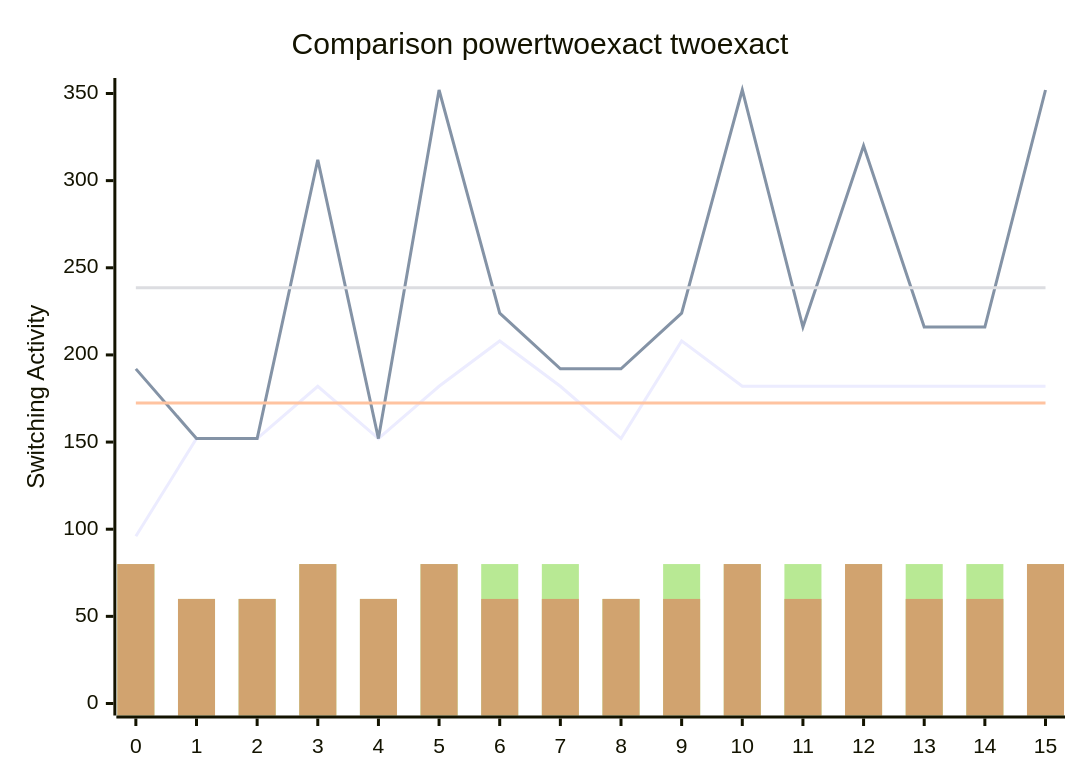
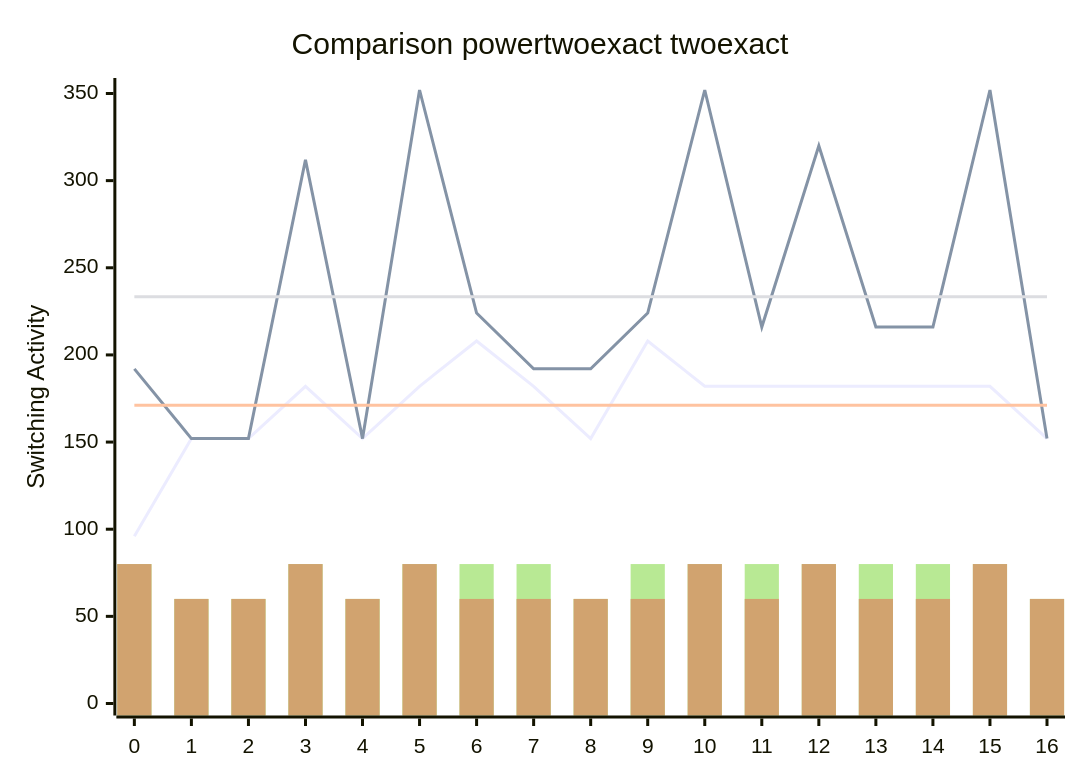
The diagram in benchmark.md (FeldmeierMichael/Exact-Power-Synthesis), drawn with Mermaid before and after one commit. The commit also changed other lines of this file and 2 other files, not shown here.

````diff
--- a/benchmark.md
+++ b/benchmark.md
@@ -33,12 +35,12 @@
 ```mermaid
 xychart-beta
     title "Comparison powertwoexact twoexact"
-    x-axis [0, 1, 2, 3, 4, 5, 6, 7, 8, 9, 10, 11, 12, 13, 14, 15]
+    x-axis [0, 1, 2, 3, 4, 5, 6, 7, 8, 9, 10, 11, 12, 13, 14, 15, 16]
     y-axis "Switching Activity" 0-->352
-    line [96, 152, 152, 182, 152, 182, 208, 182, 152, 208, 182, 182, 182, 182, 182, 182]
-    line [192, 152, 152, 312, 152, 352, 224, 192, 192, 224, 352, 216, 320, 216, 216, 352]
-    line [172.375, 172.375, 172.375, 172.375, 172.375, 172.375, 172.375, 172.375, 172.375, 172.375, 172.375, 172.375, 172.375, 172.375, 172.375, 172.375]
-    line [238.5, 238.5, 238.5, 238.5, 238.5, 238.5, 238.5, 238.5, 238.5, 238.5, 238.5, 238.5, 238.5, 238.5, 238.5, 238.5]
-    bar [80, 60, 60, 80, 60, 80, 80, 80, 60, 80, 80, 80, 80, 80, 80, 80]
-    bar [80, 60, 60, 80, 60, 80, 60, 60, 60, 60, 80, 60, 80, 60, 60, 80]
+    line [96, 152, 152, 182, 152, 182, 208, 182, 152, 208, 182, 182, 182, 182, 182, 182, 152]
+    line [192, 152, 152, 312, 152, 352, 224, 192, 192, 224, 352, 216, 320, 216, 216, 352, 152]
+    line [171.1764705882353, 171.1764705882353, 171.1764705882353, 171.1764705882353, 171.1764705882353, 171.1764705882353, 171.1764705882353, 171.1764705882353, 171.1764705882353, 171.1764705882353, 171.1764705882353, 171.1764705882353, 171.1764705882353, 171.1764705882353, 171.1764705882353, 171.1764705882353, 171.1764705882353]
+    line [233.41176470588235, 233.41176470588235, 233.41176470588235, 233.41176470588235, 233.41176470588235, 233.41176470588235, 233.41176470588235, 233.41176470588235, 233.41176470588235, 233.41176470588235, 233.41176470588235, 233.41176470588235, 233.41176470588235, 233.41176470588235, 233.41176470588235, 233.41176470588235, 233.41176470588235]
+    bar [80, 60, 60, 80, 60, 80, 80, 80, 60, 80, 80, 80, 80, 80, 80, 80, 60]
+    bar [80, 60, 60, 80, 60, 80, 60, 60, 60, 60, 80, 60, 80, 60, 60, 80, 60]
 ```
````
